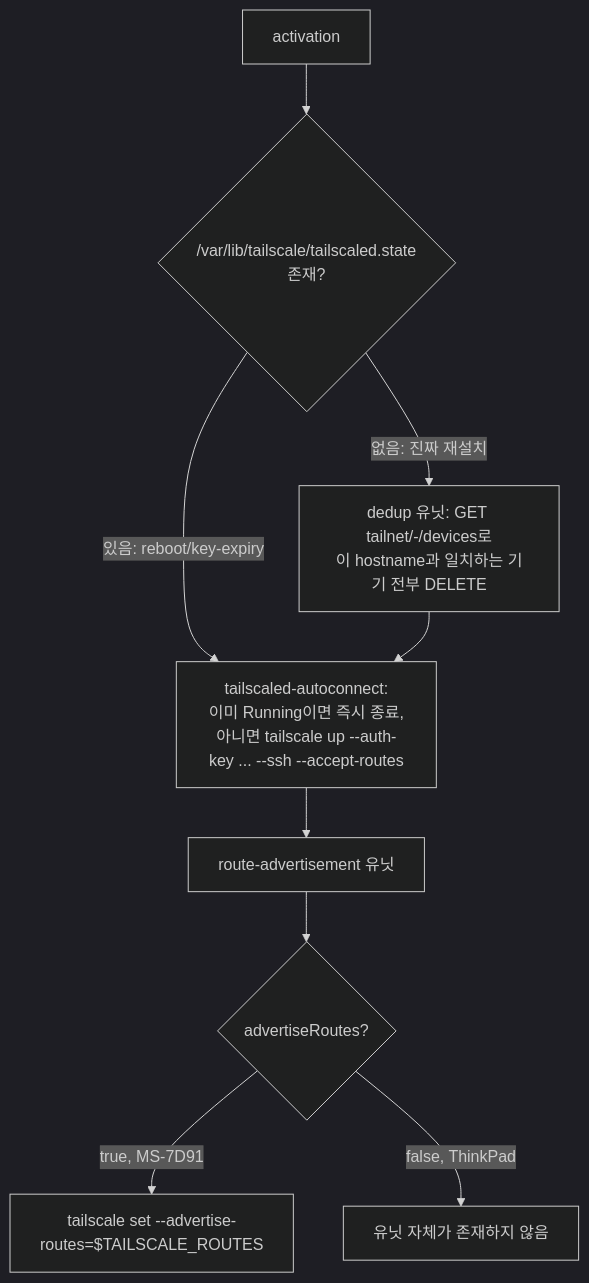
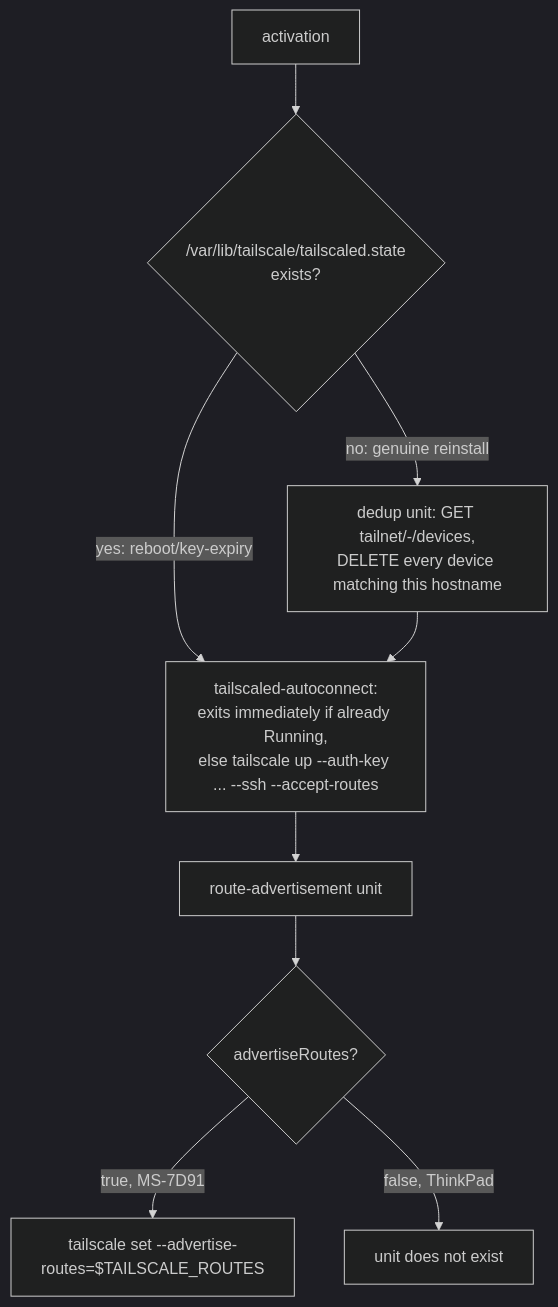
Before and after one commit to hyperlapse122/nix-config: the diagram in .compound-engineering/artifacts/plans/2026-09-23-1708-feat-tailscale-firewall-networking-plan.md, drawn with Mermaid (dark theme). The commit also changed other lines of this file, not shown here.

First line of the commit message:
docs(plans): translate tailscale plan to english

````diff
--- a/.compound-engineering/artifacts/plans/2026-09-23-1708-feat-tailscale-firewall-networking-plan.md
+++ b/.compound-engineering/artifacts/plans/2026-09-23-1708-feat-tailscale-firewall-networking-plan.md
@@ -137,11 +137,11 @@
 ```mermaid
 flowchart TB
-  A[activation] --> B{"/var/lib/tailscale/tailscaled.state\n존재?"}
-  B -->|있음: reboot/key-expiry| D
-  B -->|없음: 진짜 재설치| C["dedup 유닛: GET tailnet/-/devices로\n이 hostname과 일치하는 기기 전부 DELETE"]
-  C --> D["tailscaled-autoconnect:\n이미 Running이면 즉시 종료,\n아니면 tailscale up --auth-key ... --ssh --accept-routes"]
-  D --> E[route-advertisement 유닛]
+  A[activation] --> B{"/var/lib/tailscale/tailscaled.state\nexists?"}
+  B -->|yes: reboot/key-expiry| D
+  B -->|no: genuine reinstall| C["dedup unit: GET tailnet/-/devices,\nDELETE every device matching this hostname"]
+  C --> D["tailscaled-autoconnect:\nexits immediately if already Running,\nelse tailscale up --auth-key ... --ssh --accept-routes"]
+  D --> E[route-advertisement unit]
   E --> F{advertiseRoutes?}
   F -->|true, MS-7D91| G["tailscale set --advertise-routes=$TAILSCALE_ROUTES"]
-  F -->|false, ThinkPad| H[유닛 자체가 존재하지 않음]
+  F -->|false, ThinkPad| H[unit does not exist]
 ```
````
